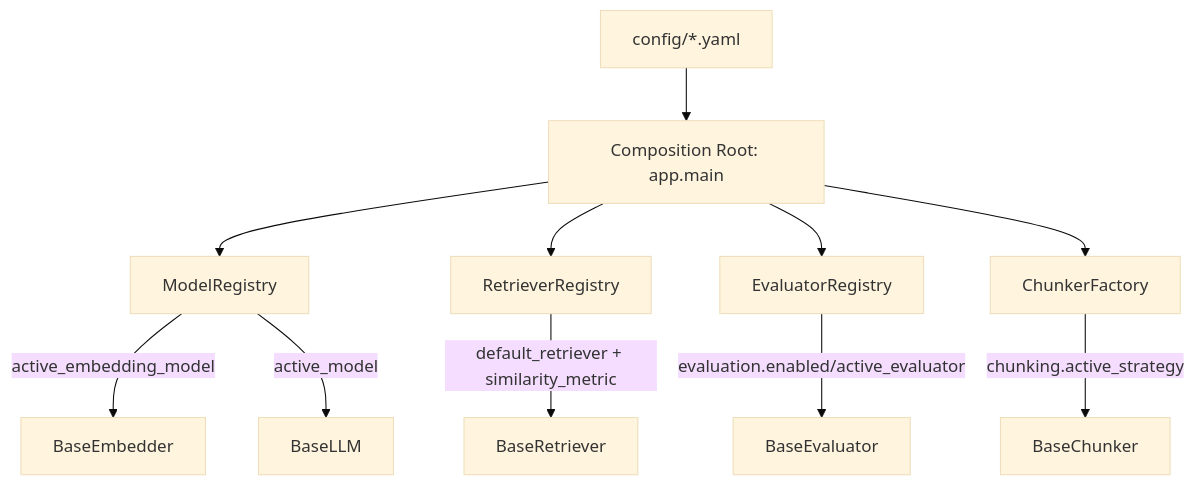
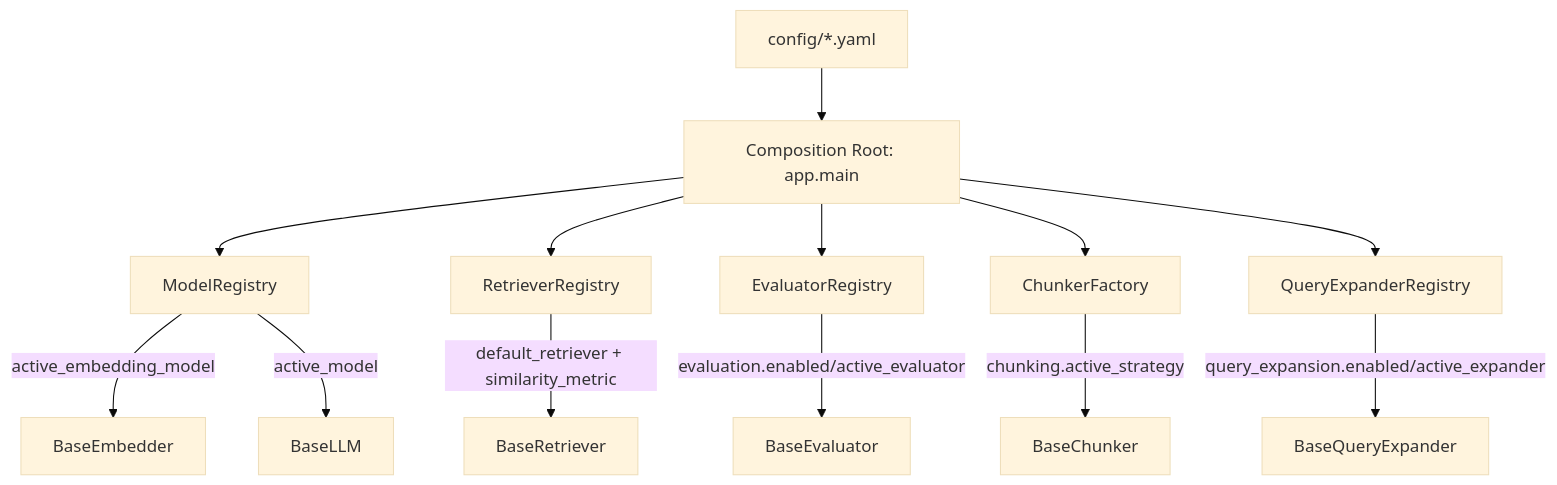
One commit to sujeet-banerjee/enterprise-genai-platform-blueprint changed the fourth of 6 diagrams in docs/architecture.md. Above: the diagram before and after it, drawn with Mermaid (base theme). The commit also changed other lines of this file and 11 other files, not shown here.

First line of the commit message:
feat(retrieval): config-driven query expansion / multi-query retrieval (#23)

````diff
--- a/docs/architecture.md
+++ b/docs/architecture.md
@@ -373,13 +377,15 @@
 ```mermaid
 flowchart TD
     Config[config/*.yaml] --> CR[Composition Root: app.main]
     CR --> MR[ModelRegistry]
     CR --> RR[RetrieverRegistry]
     CR --> ER[EvaluatorRegistry]
     CR --> CF[ChunkerFactory]
+    CR --> QX[QueryExpanderRegistry]
     MR --> |active_embedding_model| Emb[BaseEmbedder]
     MR --> |active_model| LLMp[BaseLLM]
     RR --> |default_retriever + similarity_metric| Ret[BaseRetriever]
     ER --> |evaluation.enabled/active_evaluator| Eval[BaseEvaluator]
     CF --> |chunking.active_strategy| Chk[BaseChunker]
+    QX --> |query_expansion.enabled/active_expander| QE[BaseQueryExpander]
 ```
````
